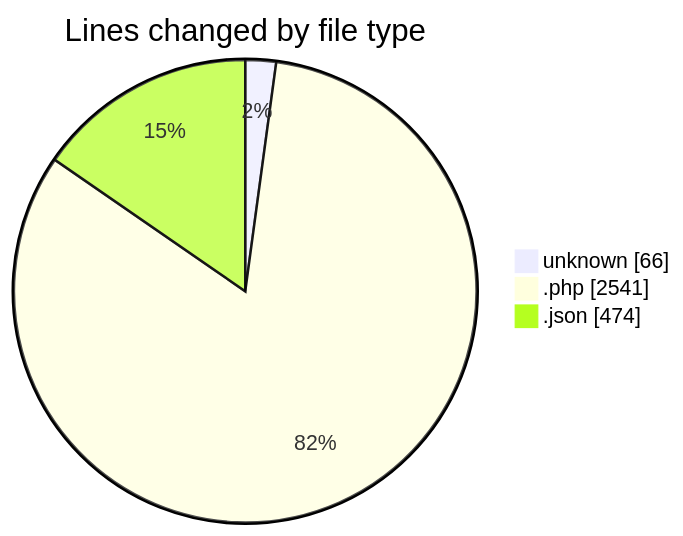
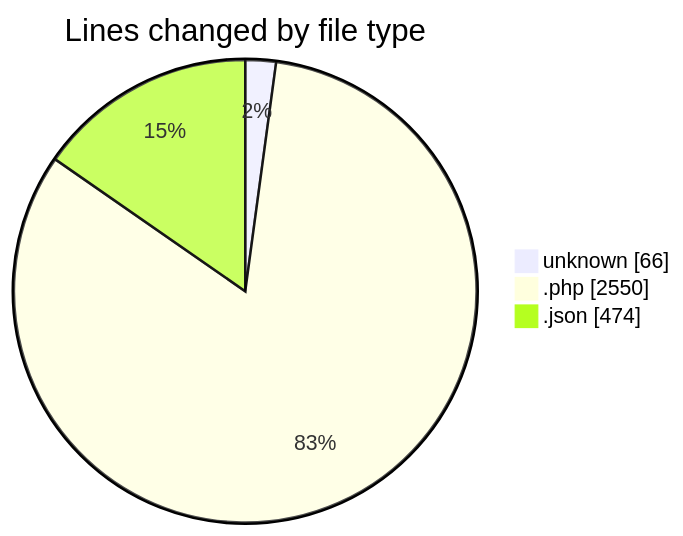
One commit to idhammustaqopulfikri/code-tracking changed the first of 2 diagrams in 2025-05-27/studio-backend/README.md. Above: the diagram before and after it, drawn with Mermaid. The commit also changed other lines of this file and 1 other file, not shown here.

````diff
--- a/2025-05-27/studio-backend/README.md
+++ b/2025-05-27/studio-backend/README.md
@@ -54,7 +54,7 @@
 ```mermaid
 pie showData
 title Lines changed by file type
 "unknown" : 66
-".php" : 2541
+".php" : 2550
 ".json" : 474
 ```
````
